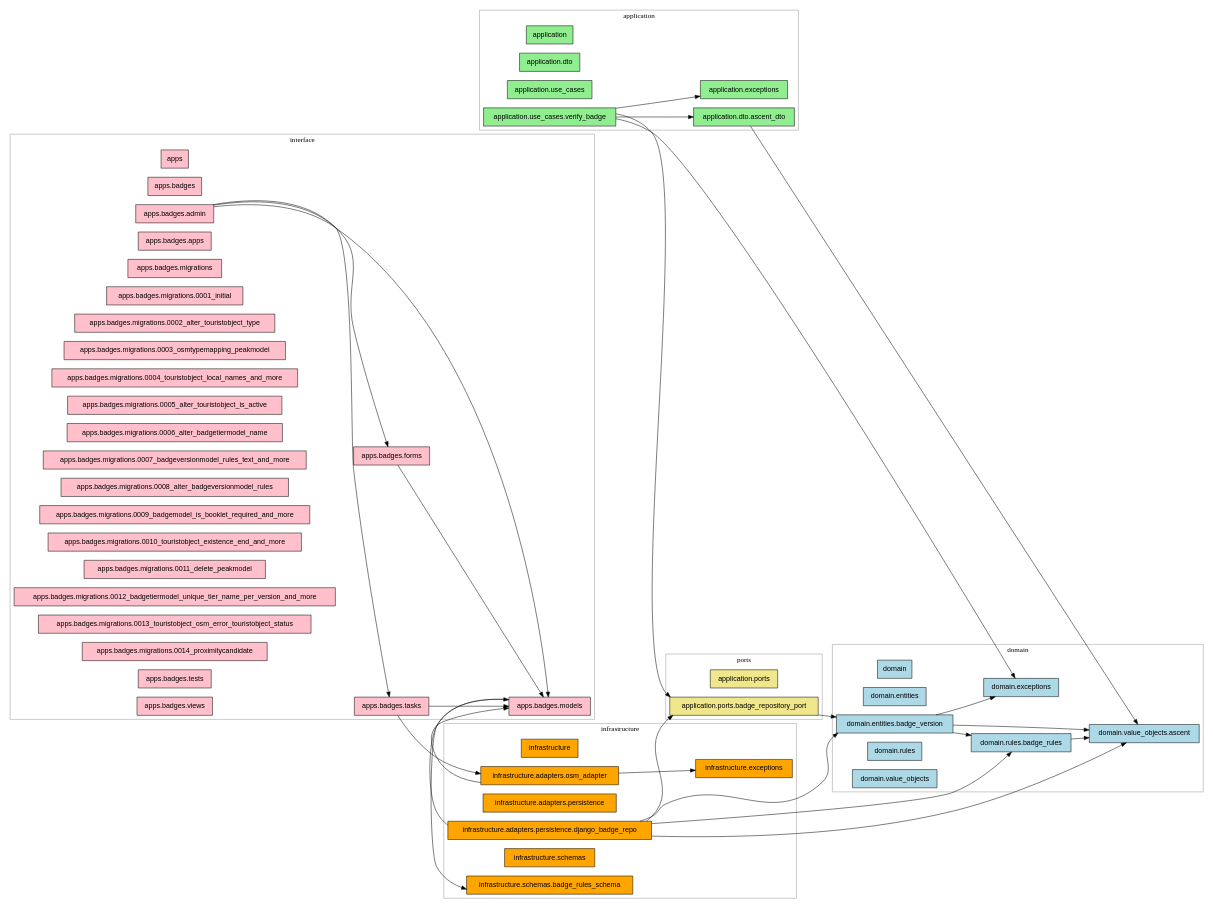
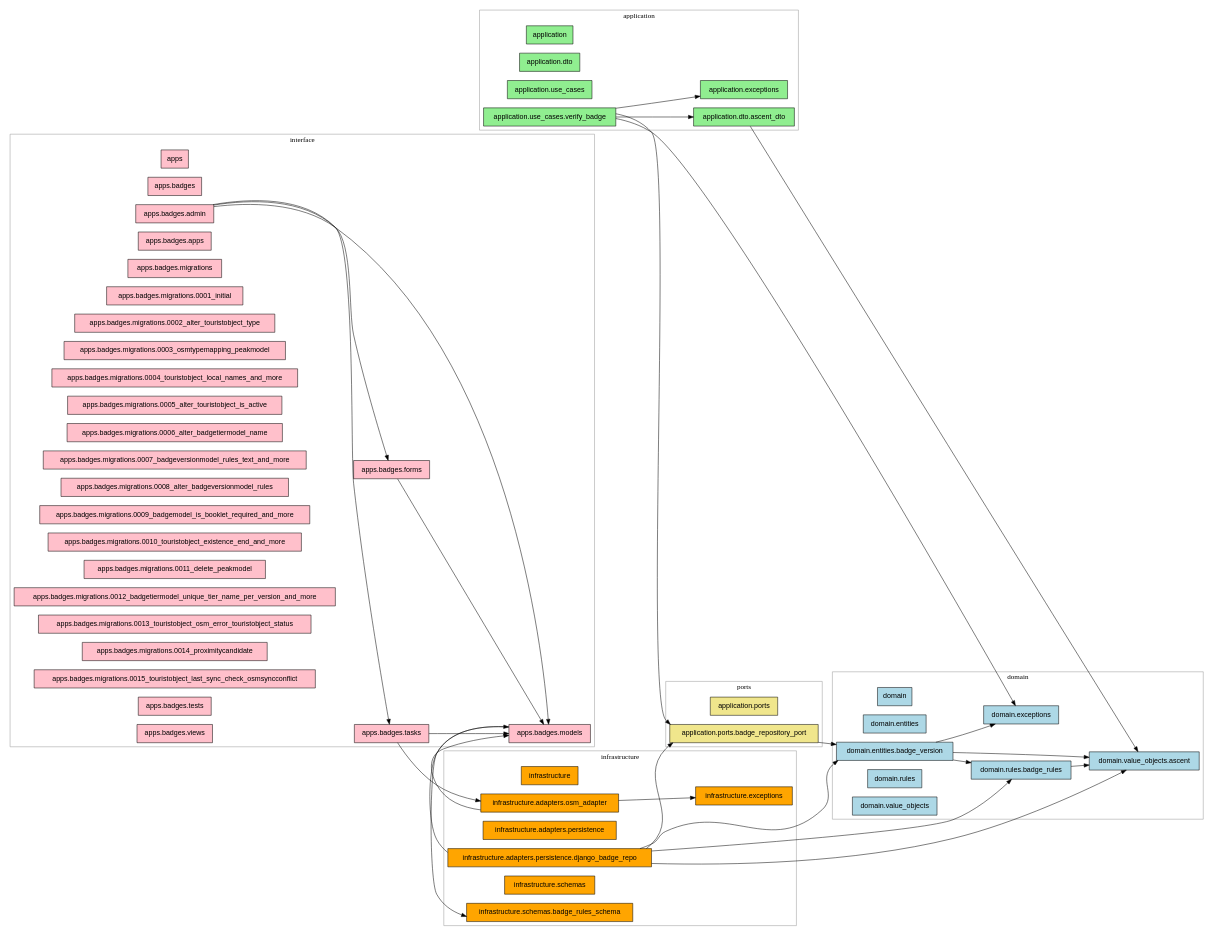
Before and after one commit to Marek1Marecki/badges_system: the diagram in dependencies.dot, drawn with Graphviz. The commit also changed 12 other files, not shown here.

```diff
--- a/dependencies.dot
+++ b/dependencies.dot
@@ -1,102 +1,103 @@
 digraph G {
   rankdir=LR;
   graph [splines=true, overlap=false];
   node [shape=box, style=filled, fontname=Helvetica];
 
   subgraph cluster_domain {
     label="domain";
     color=gray60;
     "domain" [fillcolor="lightblue"];
     "domain.entities" [fillcolor="lightblue"];
     "domain.entities.badge_version" [fillcolor="lightblue"];
     "domain.exceptions" [fillcolor="lightblue"];
     "domain.rules" [fillcolor="lightblue"];
     "domain.rules.badge_rules" [fillcolor="lightblue"];
     "domain.value_objects" [fillcolor="lightblue"];
     "domain.value_objects.ascent" [fillcolor="lightblue"];
   }
 
   subgraph cluster_application {
     label="application";
     color=gray60;
     "application" [fillcolor="lightgreen"];
     "application.dto" [fillcolor="lightgreen"];
     "application.dto.ascent_dto" [fillcolor="lightgreen"];
     "application.exceptions" [fillcolor="lightgreen"];
     "application.use_cases" [fillcolor="lightgreen"];
     "application.use_cases.verify_badge" [fillcolor="lightgreen"];
   }
 
   subgraph cluster_ports {
     label="ports";
     color=gray60;
     "application.ports" [fillcolor="khaki"];
     "application.ports.badge_repository_port" [fillcolor="khaki"];
   }
 
   subgraph cluster_infrastructure {
     label="infrastructure";
     color=gray60;
     "infrastructure" [fillcolor="orange"];
     "infrastructure.adapters.osm_adapter" [fillcolor="orange"];
     "infrastructure.adapters.persistence" [fillcolor="orange"];
     "infrastructure.adapters.persistence.django_badge_repo" [fillcolor="orange"];
     "infrastructure.exceptions" [fillcolor="orange"];
     "infrastructure.schemas" [fillcolor="orange"];
     "infrastructure.schemas.badge_rules_schema" [fillcolor="orange"];
   }
 
   subgraph cluster_interface {
     label="interface";
     color=gray60;
     "apps" [fillcolor="pink"];
     "apps.badges" [fillcolor="pink"];
     "apps.badges.admin" [fillcolor="pink"];
     "apps.badges.apps" [fillcolor="pink"];
     "apps.badges.forms" [fillcolor="pink"];
     "apps.badges.migrations" [fillcolor="pink"];
     "apps.badges.migrations.0001_initial" [fillcolor="pink"];
     "apps.badges.migrations.0002_alter_touristobject_type" [fillcolor="pink"];
     "apps.badges.migrations.0003_osmtypemapping_peakmodel" [fillcolor="pink"];
     "apps.badges.migrations.0004_touristobject_local_names_and_more" [fillcolor="pink"];
     "apps.badges.migrations.0005_alter_touristobject_is_active" [fillcolor="pink"];
     "apps.badges.migrations.0006_alter_badgetiermodel_name" [fillcolor="pink"];
     "apps.badges.migrations.0007_badgeversionmodel_rules_text_and_more" [fillcolor="pink"];
     "apps.badges.migrations.0008_alter_badgeversionmodel_rules" [fillcolor="pink"];
     "apps.badges.migrations.0009_badgemodel_is_booklet_required_and_more" [fillcolor="pink"];
     "apps.badges.migrations.0010_touristobject_existence_end_and_more" [fillcolor="pink"];
     "apps.badges.migrations.0011_delete_peakmodel" [fillcolor="pink"];
     "apps.badges.migrations.0012_badgetiermodel_unique_tier_name_per_version_and_more" [fillcolor="pink"];
     "apps.badges.migrations.0013_touristobject_osm_error_touristobject_status" [fillcolor="pink"];
     "apps.badges.migrations.0014_proximitycandidate" [fillcolor="pink"];
+    "apps.badges.migrations.0015_touristobject_last_sync_check_osmsyncconflict" [fillcolor="pink"];
     "apps.badges.models" [fillcolor="pink"];
     "apps.badges.tasks" [fillcolor="pink"];
     "apps.badges.tests" [fillcolor="pink"];
     "apps.badges.views" [fillcolor="pink"];
   }
 
   "application.dto.ascent_dto" -> "domain.value_objects.ascent";
   "application.ports.badge_repository_port" -> "domain.entities.badge_version";
   "application.use_cases.verify_badge" -> "application.dto.ascent_dto";
   "application.use_cases.verify_badge" -> "application.exceptions";
   "application.use_cases.verify_badge" -> "application.ports.badge_repository_port";
   "application.use_cases.verify_badge" -> "domain.exceptions";
   "apps.badges.admin" -> "apps.badges.forms";
   "apps.badges.admin" -> "apps.badges.models";
   "apps.badges.admin" -> "apps.badges.tasks";
   "apps.badges.forms" -> "apps.badges.models";
   "apps.badges.models" -> "infrastructure.schemas.badge_rules_schema";
   "apps.badges.tasks" -> "apps.badges.models";
   "apps.badges.tasks" -> "infrastructure.adapters.osm_adapter";
   "domain.entities.badge_version" -> "domain.exceptions";
   "domain.entities.badge_version" -> "domain.rules.badge_rules";
   "domain.entities.badge_version" -> "domain.value_objects.ascent";
   "domain.rules.badge_rules" -> "domain.value_objects.ascent";
   "infrastructure.adapters.osm_adapter" -> "apps.badges.models";
   "infrastructure.adapters.osm_adapter" -> "infrastructure.exceptions";
   "infrastructure.adapters.persistence.django_badge_repo" -> "application.ports.badge_repository_port";
   "infrastructure.adapters.persistence.django_badge_repo" -> "apps.badges.models";
   "infrastructure.adapters.persistence.django_badge_repo" -> "domain.entities.badge_version";
   "infrastructure.adapters.persistence.django_badge_repo" -> "domain.rules.badge_rules";
   "infrastructure.adapters.persistence.django_badge_repo" -> "domain.value_objects.ascent";
 }
```
